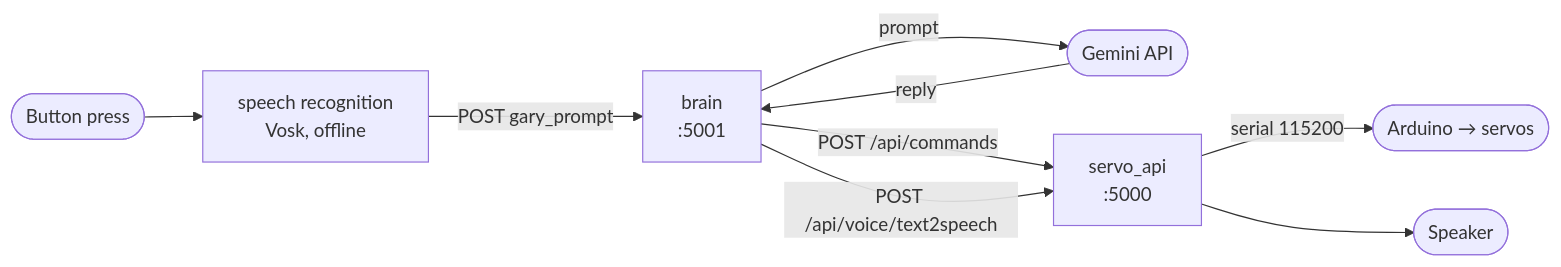
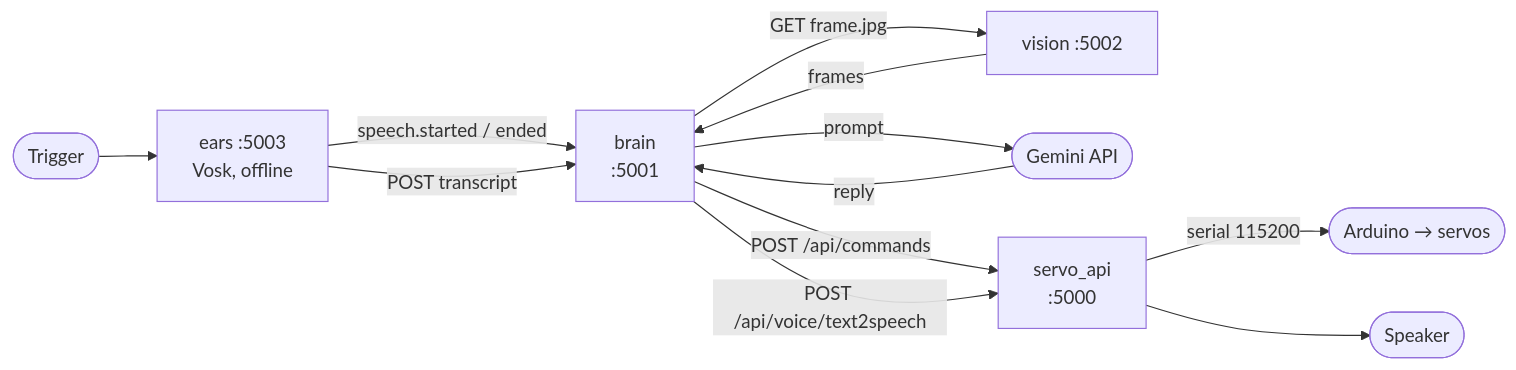
Before and after one commit to Lukeluca/InMoov-RaspberryPi-AIY-Arduino: the diagram in README.md, drawn with Mermaid. The commit also changed other lines of this file and 8 other files, not shown here.

````diff
--- a/README.md
+++ b/README.md
@@ -14,11 +14,14 @@
 ```mermaid
 flowchart LR
-    B([Button press]) --> R[speech recognition<br/>Vosk, offline]
-    R -->|POST gary_prompt| N[brain<br/>:5001]
+    B([Trigger]) --> R[ears :5003<br/>Vosk, offline]
+    R -->|speech.started / ended| N[brain<br/>:5001]
+    R -->|POST transcript| N
+    N -->|GET frame.jpg| V[vision :5002]
+    V -->|frames| N
     N -->|prompt| G([Gemini API])
     G -->|reply| N
     N -->|POST /api/commands| S[servo_api<br/>:5000]
     N -->|POST /api/voice/text2speech| S
     S -->|serial 115200| A([Arduino → servos])
-    S --> V([Speaker])
+    S --> SPK([Speaker])
 ```
````
